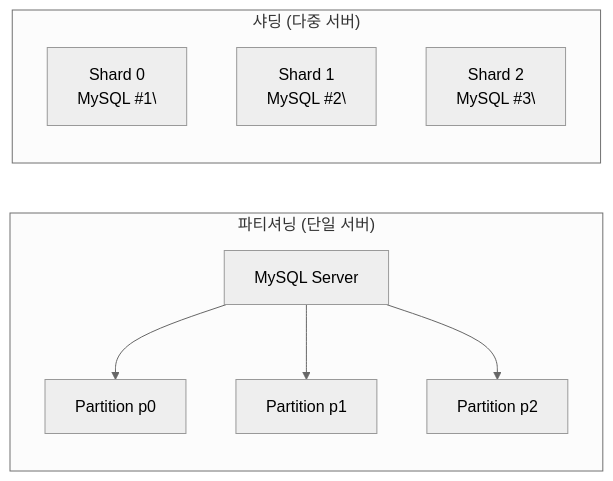
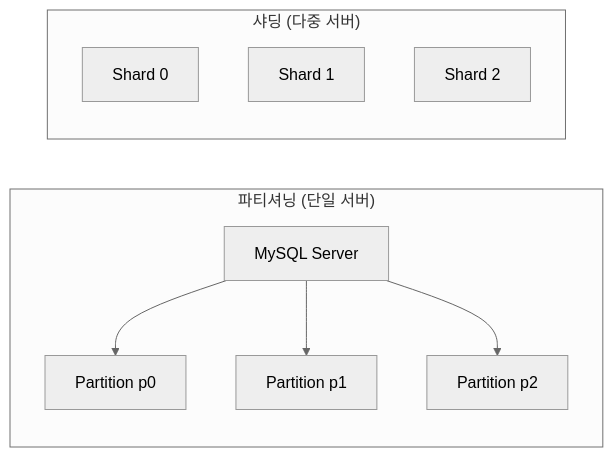
Before and after one commit to yjkim2015/yjkim2015.github.io: the first of 13 diagrams in _posts/db/2026-05-01-db-sharding.md, drawn with Mermaid (neutral theme). The commit also changed other lines of this file and 217 other files, not shown here.

First line of the commit message:
Mermaid 크기 수정: useMaxWidth:true + SVG max-width:100% + 라벨 축소

````diff
--- a/_posts/db/2026-05-01-db-sharding.md
+++ b/_posts/db/2026-05-01-db-sharding.md
@@ -20,14 +20,14 @@
 ```mermaid
 graph LR
     subgraph "파티셔닝 (단일 서버)"
         S["MySQL Server"]
         S --> P0["Partition p0"]
         S --> P1["Partition p1"]
         S --> P2["Partition p2"]
     end
     subgraph "샤딩 (다중 서버)"
-        SH0["Shard 0\nMySQL #1\"]
-        SH1["Shard 1\nMySQL #2\"]
-        SH2["Shard 2\nMySQL #3\"]
+        SH0["Shard 0"]
+        SH1["Shard 1"]
+        SH2["Shard 2"]
     end
 ```
````
